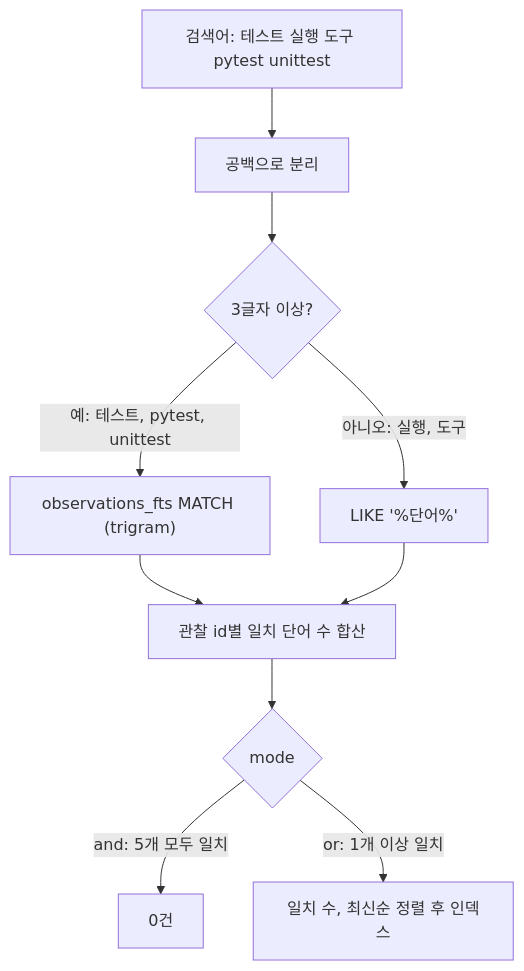
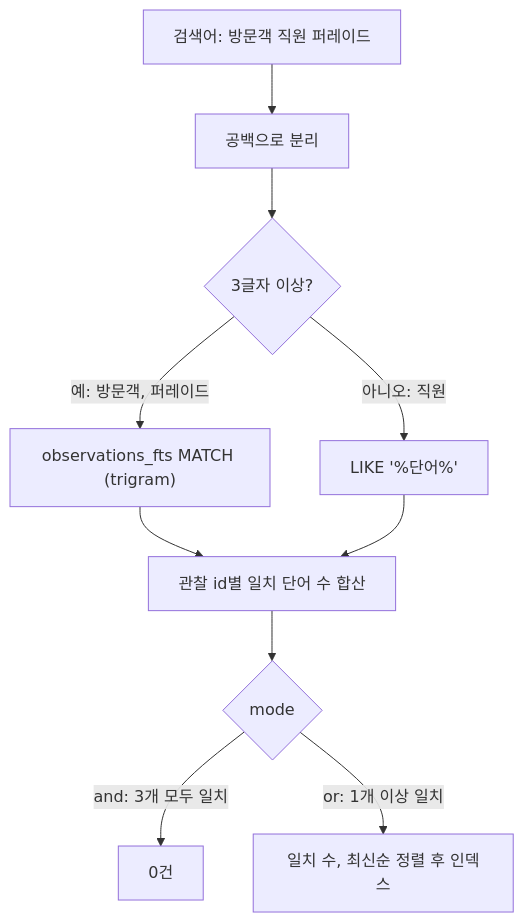
One commit to choisungwook/portfolio changed the diagram in computer_science/ai/claude-mem-agent-memory/docs/4-storage-search.md. Above: the diagram before and after it, drawn with Mermaid. The commit also changed other lines of this file and 48 other files, not shown here.

````diff
--- a/computer_science/ai/claude-mem-agent-memory/docs/4-storage-search.md
+++ b/computer_science/ai/claude-mem-agent-memory/docs/4-storage-search.md
@@ -73,12 +100,12 @@
 ```mermaid
 flowchart TD
-  Q["검색어: 테스트 실행 도구 pytest unittest"] --> S["공백으로 분리"]
+  Q["검색어: 방문객 직원 퍼레이드"] --> S["공백으로 분리"]
   S --> L{"3글자 이상?"}
-  L -- "예: 테스트, pytest, unittest" --> F["observations_fts MATCH (trigram)"]
-  L -- "아니오: 실행, 도구" --> K["LIKE '%단어%'"]
+  L -- "예: 방문객, 퍼레이드" --> F["observations_fts MATCH (trigram)"]
+  L -- "아니오: 직원" --> K["LIKE '%단어%'"]
   F --> C["관찰 id별 일치 단어 수 합산"]
   K --> C
   C --> M{"mode"}
-  M -- "and: 5개 모두 일치" --> R1["0건"]
+  M -- "and: 3개 모두 일치" --> R1["0건"]
   M -- "or: 1개 이상 일치" --> R2["일치 수, 최신순 정렬 후 인덱스"]
 ```
````
